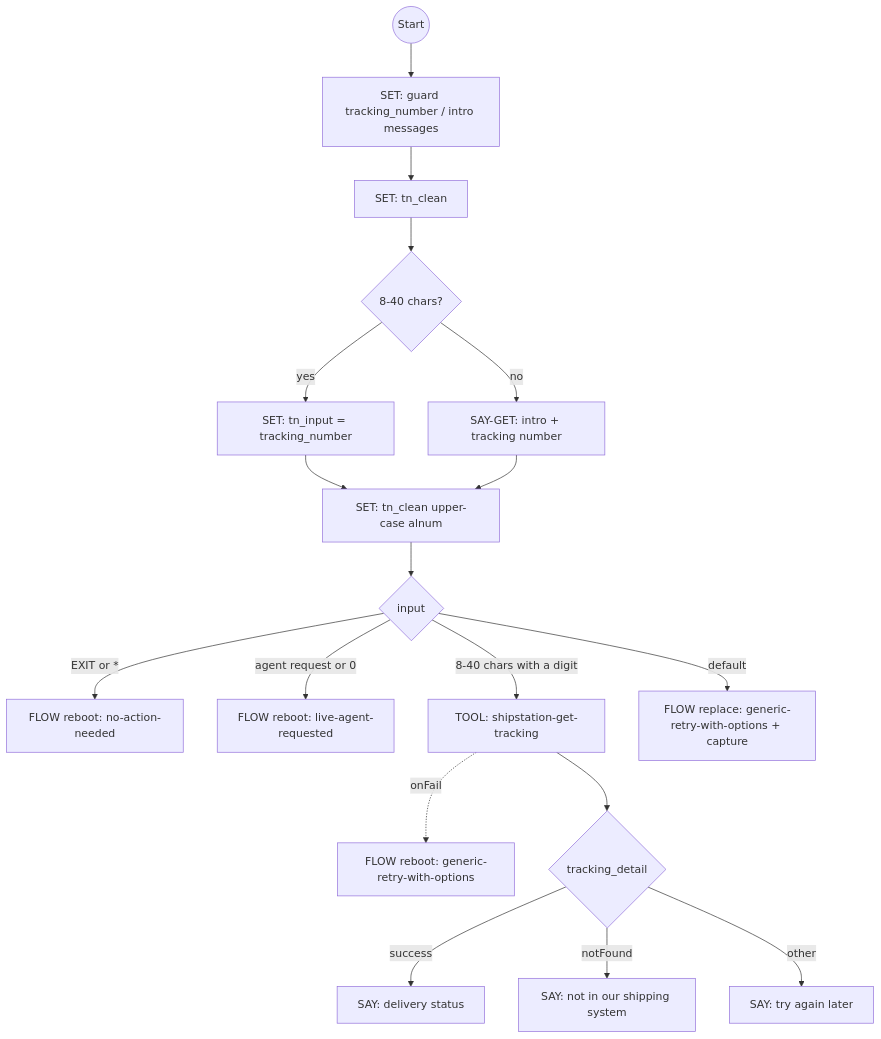
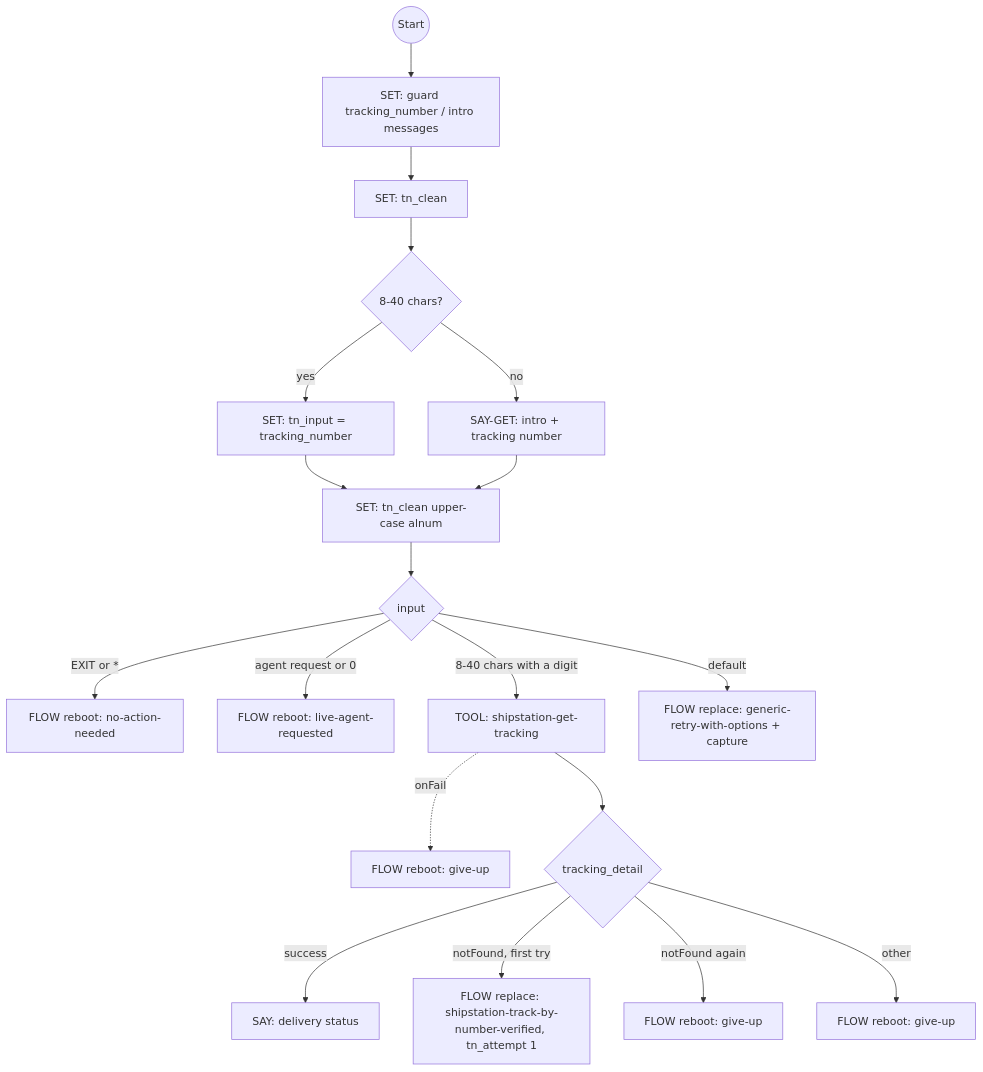
The fifth of 6 diagrams in docs/shopify-flows.md (ronpinkas/jsfe), drawn with Mermaid before and after one commit. The commit also changed other lines of this file and 1 other file, not shown here.

````diff
--- a/docs/shopify-flows.md
+++ b/docs/shopify-flows.md
@@ -289,20 +296,21 @@
 ```mermaid
 graph TD
     start((Start)) --> guards[SET: guard tracking_number / intro messages]
     guards --> clean_param[SET: tn_clean]
     clean_param --> has_param{8-40 chars?}
     has_param -->|yes| use_param[SET: tn_input = tracking_number]
     has_param -->|no| ask_tracking_number[SAY-GET: intro + tracking number]
     use_param --> normalize_input[SET: tn_clean upper-case alnum]
     ask_tracking_number --> normalize_input
     normalize_input --> route_input{input}
     route_input -->|EXIT or *| abort_tracking[FLOW reboot: no-action-needed]
     route_input -->|agent request or 0| goto_live_agent[FLOW reboot: live-agent-requested]
     route_input -->|8-40 chars with a digit| call_shipstation[TOOL: shipstation-get-tracking]
     route_input -->|default| invalid_tracking_number[FLOW replace: generic-retry-with-options + capture]
-    call_shipstation -.->|onFail| lookup_failed[FLOW reboot: generic-retry-with-options]
+    call_shipstation -.->|onFail| shipstation_lookup_failed[FLOW reboot: give-up]
     call_shipstation --> show_result{tracking_detail}
     show_result -->|success| display_tracking[SAY: delivery status]
-    show_result -->|notFound| tracking_not_found[SAY: not in our shipping system]
-    show_result -->|other| tracking_error[SAY: try again later]
+    show_result -->|notFound, first try| tracking_not_found[FLOW replace: shipstation-track-by-number-verified, tn_attempt 1]
+    show_result -->|notFound again| tracking_not_found_again[FLOW reboot: give-up]
+    show_result -->|other| tracking_error[FLOW reboot: give-up]
 ```
````
